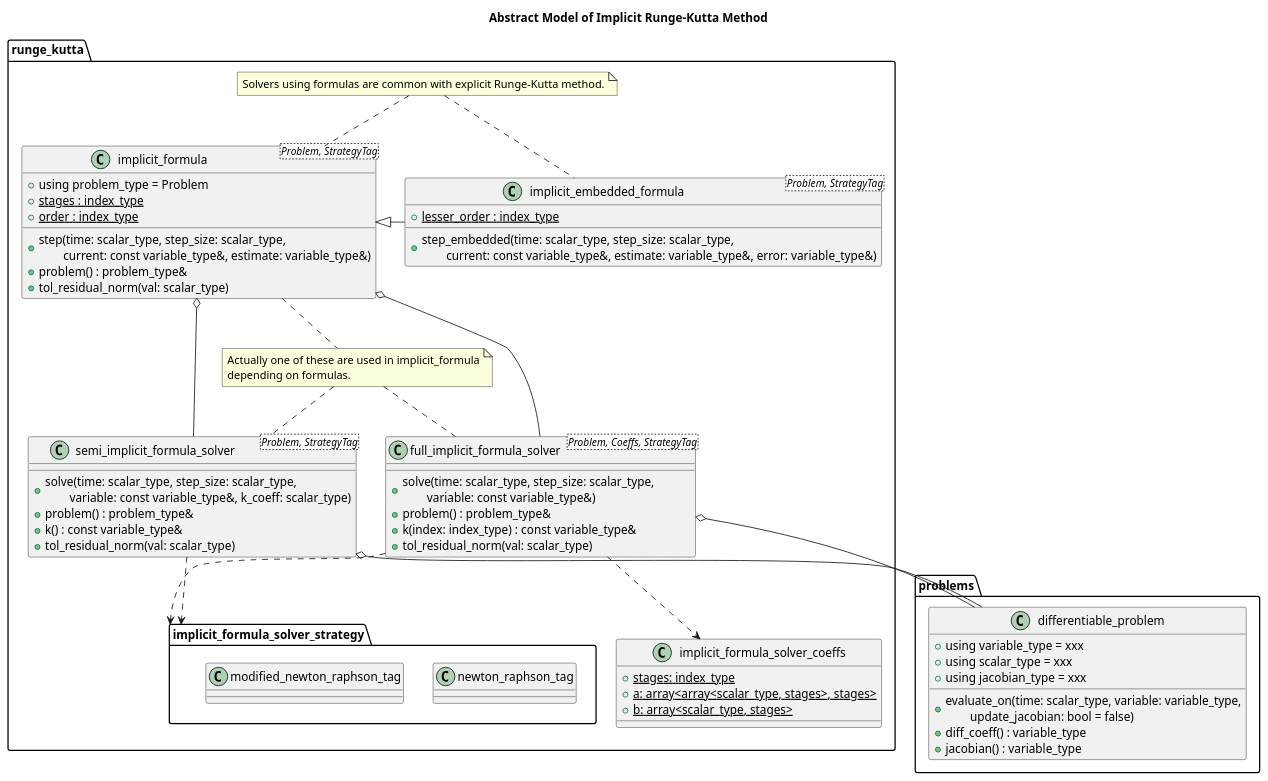
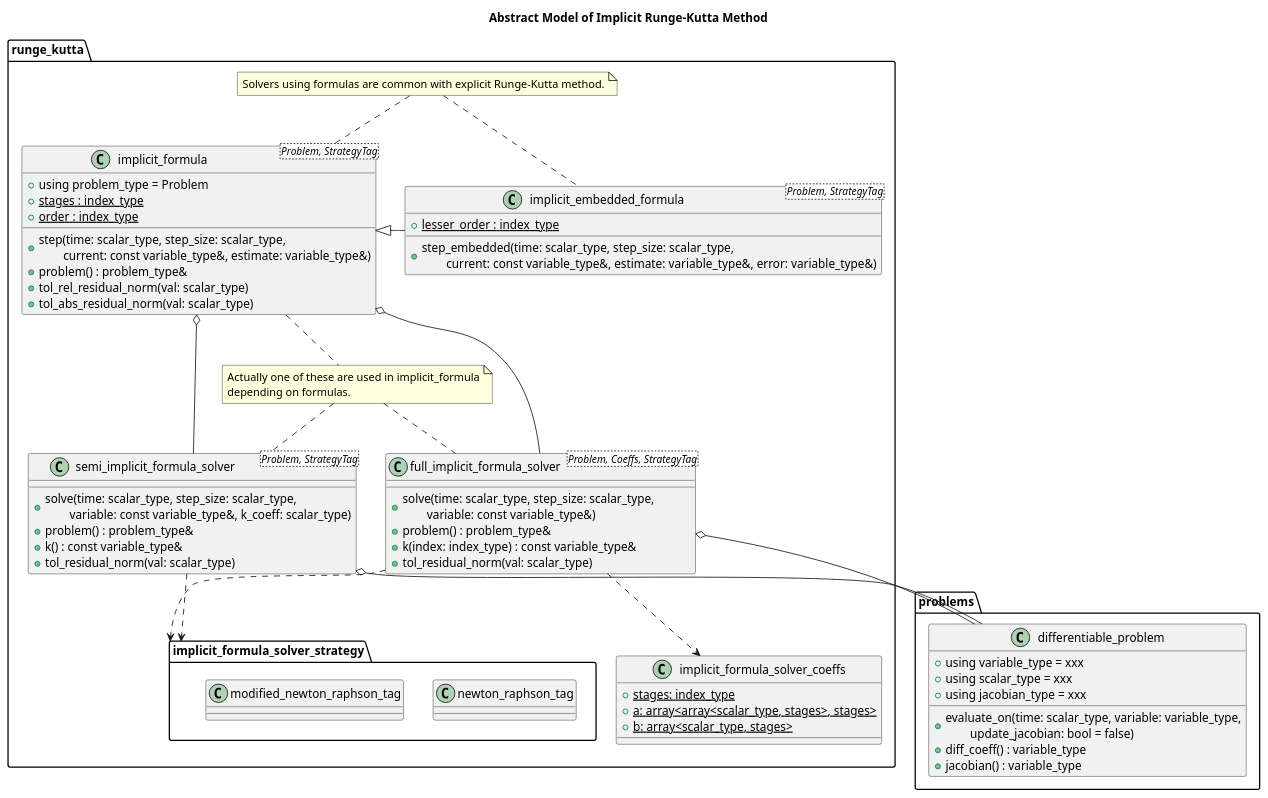
Before and after one commit to MusicScience37/numerical-collection-cpp: the second of 2 diagrams in doc/sphinx/src/basic_design/ode.rst, drawn with PlantUML. The commit also changed 6 other files, not shown here.

```diff
--- a/doc/sphinx/src/basic_design/ode.rst
+++ b/doc/sphinx/src/basic_design/ode.rst
@@ -67,77 +67,78 @@
 .. uml::
 
     title Abstract Model of Implicit Runge-Kutta Method
 
     package problems {
         class differentiable_problem {
             + using variable_type = xxx
             + using scalar_type = xxx
             + using jacobian_type = xxx
             + evaluate_on(time: scalar_type, variable: variable_type,\n\tupdate_jacobian: bool = false)
             + diff_coeff() : variable_type
             + jacobian() : variable_type
         }
     }
 
     package runge_kutta {
         package implicit_formula_solver_strategy {
             class newton_raphson_tag
             class modified_newton_raphson_tag
         }
 
         class semi_implicit_formula_solver<Problem, StrategyTag> {
             + solve(time: scalar_type, step_size: scalar_type,\n\tvariable: const variable_type&, k_coeff: scalar_type)
             + problem() : problem_type&
             + k() : const variable_type&
             + tol_residual_norm(val: scalar_type)
         }
         semi_implicit_formula_solver o-- differentiable_problem
         semi_implicit_formula_solver ..> implicit_formula_solver_strategy
 
         class implicit_formula_solver_coeffs {
             {static} + stages: index_type
             {static} + a: array<array<scalar_type, stages>, stages>
             {static} + b: array<scalar_type, stages>
         }
 
         class full_implicit_formula_solver<Problem, Coeffs, StrategyTag> {
             + solve(time: scalar_type, step_size: scalar_type,\n\tvariable: const variable_type&)
             + problem() : problem_type&
             + k(index: index_type) : const variable_type&
             + tol_residual_norm(val: scalar_type)
         }
         full_implicit_formula_solver o-- differentiable_problem
         full_implicit_formula_solver ..> implicit_formula_solver_coeffs
         full_implicit_formula_solver ..> implicit_formula_solver_strategy
 
         class implicit_formula<Problem, StrategyTag> {
             + using problem_type = Problem
             {static} + stages : index_type
             {static} + order : index_type
             + step(time: scalar_type, step_size: scalar_type,\n\tcurrent: const variable_type&, estimate: variable_type&)
             + problem() : problem_type&
-            + tol_residual_norm(val: scalar_type)
+            + tol_rel_residual_norm(val: scalar_type)
+            + tol_abs_residual_norm(val: scalar_type)
         }
         implicit_formula o-- semi_implicit_formula_solver
         implicit_formula o-- full_implicit_formula_solver
 
         class implicit_embedded_formula<Problem, StrategyTag> {
             {static} + lesser_order : index_type
             + step_embedded(time: scalar_type, step_size: scalar_type,\n\tcurrent: const variable_type&, estimate: variable_type&, error: variable_type&)
         }
         implicit_formula <|- implicit_embedded_formula
 
         note as implicit_solver_note
             Solvers using formulas are common with explicit Runge-Kutta method.
         end note
         implicit_solver_note .. implicit_formula
         implicit_solver_note .. implicit_embedded_formula
 
         note as implicit_formula_solver_selection_note
             Actually one of these are used in implicit_formula
             depending on formulas.
         end note
         implicit_formula_solver_selection_note .. semi_implicit_formula_solver
         implicit_formula_solver_selection_note .. full_implicit_formula_solver
         implicit_formula_solver_selection_note .up. implicit_formula
     }
```
